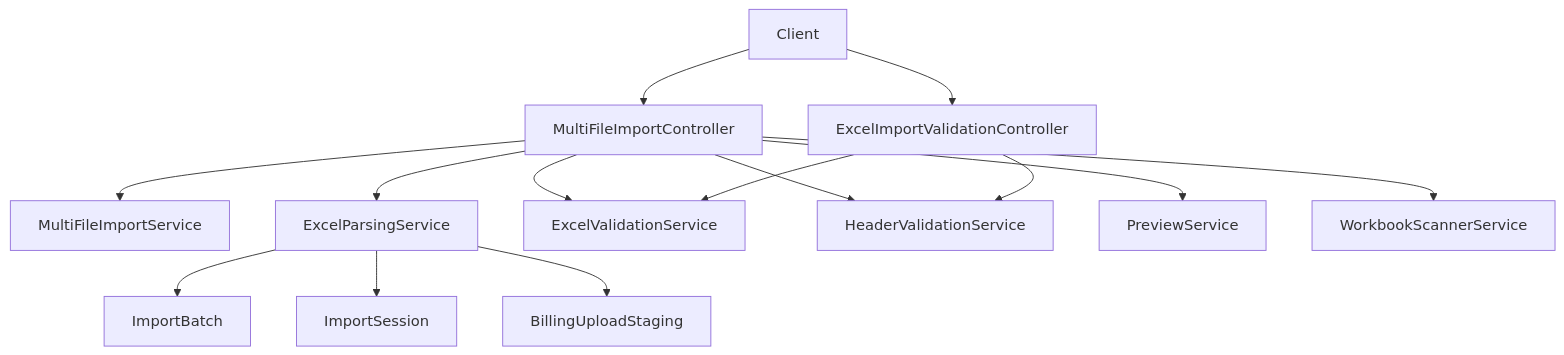
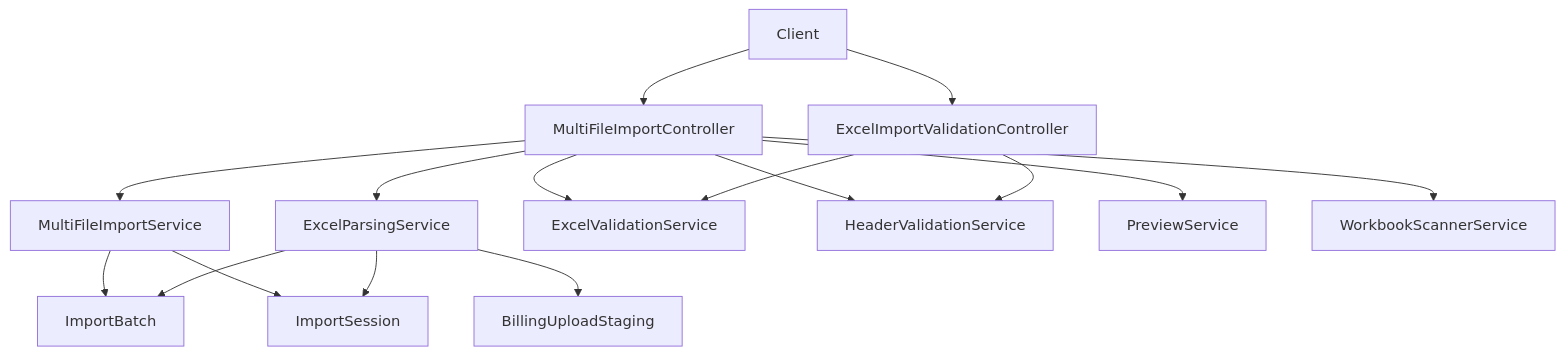
Before and after one commit to janoshan07/ceb_demo_dashboard: the first of 4 diagrams in .qoder/repowiki/en/content/API Reference/File Upload and Processing API.md, drawn with Mermaid. The commit also changed other lines of this file and 27 other files, not shown here.

First line of the commit message:
feat(import): enhance multi-file upload with batch processing and concurrency

````diff
--- a/.qoder/repowiki/en/content/API Reference/File Upload and Processing API.md
+++ b/.qoder/repowiki/en/content/API Reference/File Upload and Processing API.md
@@ -43,16 +53,18 @@
 ```mermaid
 graph TB
 Client["Client"] --> C1["MultiFileImportController"]
 Client --> C2["ExcelImportValidationController"]
 C1 --> S1["MultiFileImportService"]
 C1 --> S2["ExcelParsingService"]
 C1 --> S3["ExcelValidationService"]
 C1 --> S4["HeaderValidationService"]
 C1 --> S5["PreviewService"]
 C1 --> S6["WorkbookScannerService"]
 C2 --> S3
 C2 --> S4
-S2 --> E1["ImportBatch"]
-S2 --> E2["ImportSession"]
+S1 --> E1["ImportBatch"]
+S1 --> E2["ImportSession"]
 S2 --> E3["BillingUploadStaging"]
+S2 --> E1
+S2 --> E2
 ```
````
